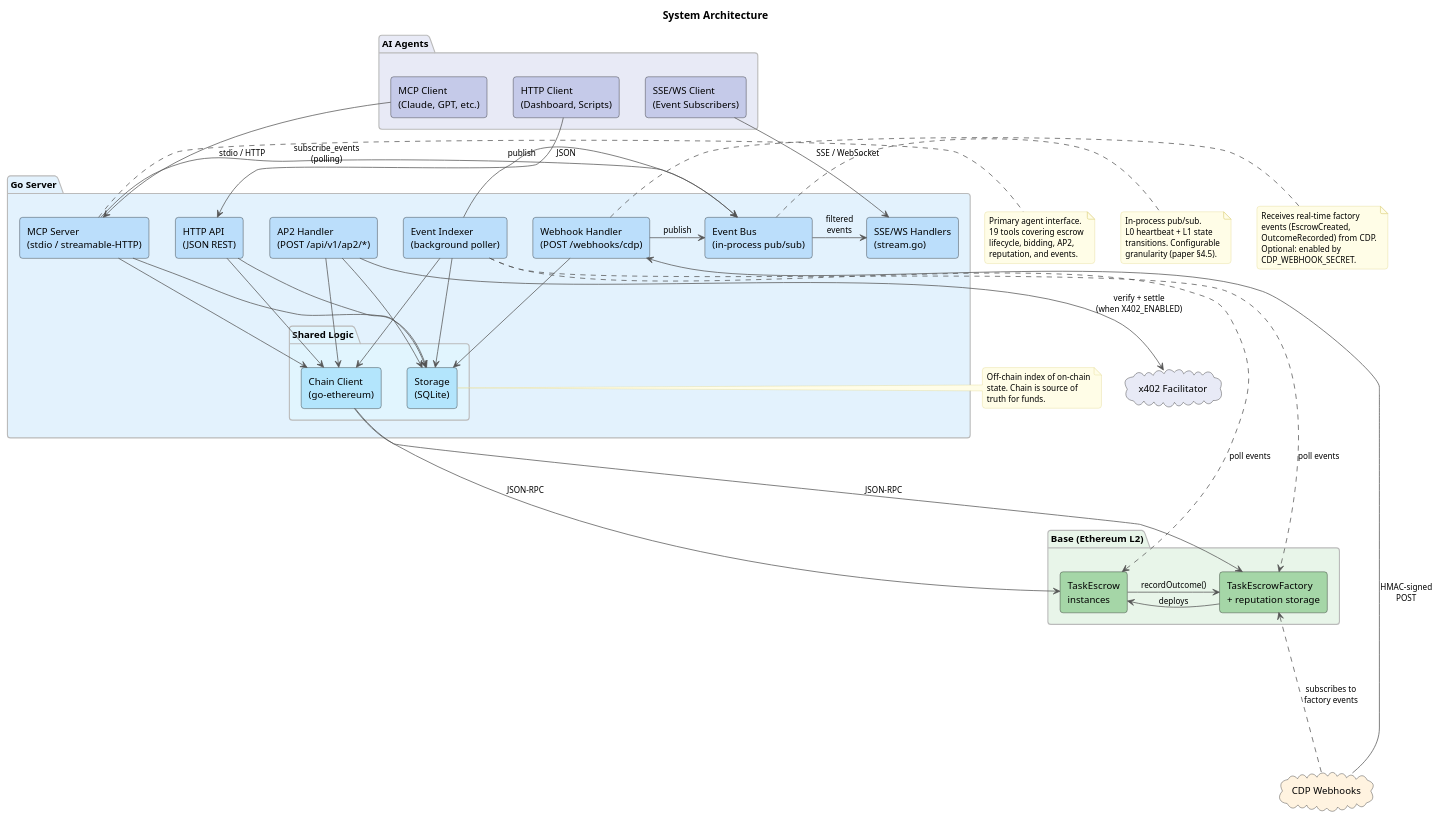
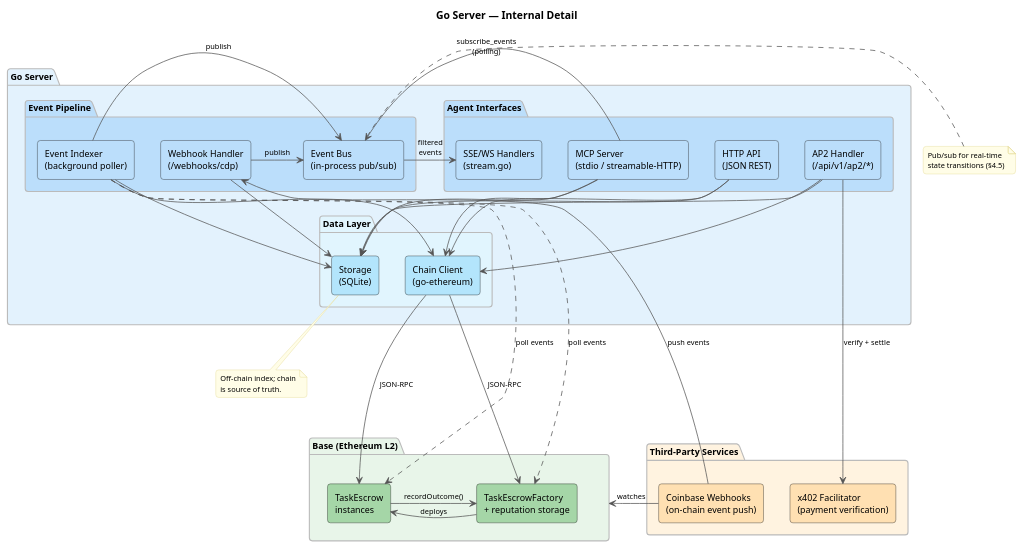
Before and after one commit to eddiefleurent/agent-escrow: the second of 3 diagrams in docs/diagrams/architecture.puml, drawn with PlantUML. The commit also changed other lines of this file and 9 other files, not shown here.

```diff
--- a/docs/diagrams/architecture.puml
+++ b/docs/diagrams/architecture.puml
@@ -1,111 +83,88 @@
-@startuml architecture
+@startuml architecture-detail
 skinparam backgroundColor #FFFFFF
 skinparam componentStyle rectangle
 skinparam defaultFontName "Helvetica"
-skinparam defaultFontSize 13
+skinparam defaultFontSize 12
 skinparam shadowing false
 skinparam roundCorner 8
 skinparam ArrowColor #555555
-skinparam ArrowFontSize 11
+skinparam ArrowFontSize 10
 
 skinparam package {
   BorderColor #BBBBBB
   FontStyle bold
 }
 
 skinparam note {
   BackgroundColor #FFFDE7
   BorderColor #E0D68A
-  FontSize 11
+  FontSize 10
 }
 
-title System Architecture
-
-package "AI Agents" as agents #E8EAF6 {
-  [MCP Client\n(Claude, GPT, etc.)] as mcp_client #C5CAE9
-  [HTTP Client\n(Dashboard, Scripts)] as http_client #C5CAE9
-  [SSE/WS Client\n(Event Subscribers)] as stream_client #C5CAE9
-}
+title Go Server — Internal Detail
 
 package "Go Server" as server #E3F2FD {
-  [MCP Server\n(stdio / streamable-HTTP)] as mcp_server #BBDEFB
-  [HTTP API\n(JSON REST)] as http_api #BBDEFB
-  [Webhook Handler\n(POST /webhooks/cdp)] as webhook #BBDEFB
-  [Event Indexer\n(background poller)] as indexer #BBDEFB
-  [Event Bus\n(in-process pub/sub)] as event_bus #BBDEFB
-  [SSE/WS Handlers\n(stream.go)] as stream_handler #BBDEFB
-  [AP2 Handler\n(POST /api/v1/ap2/*)] as ap2 #BBDEFB
+  package "Agent Interfaces" as ifaces #BBDEFB {
+    [MCP Server\n(stdio / streamable-HTTP)] as mcp_server #BBDEFB
+    [HTTP API\n(JSON REST)] as http_api #BBDEFB
+    [AP2 Handler\n(/api/v1/ap2/*)] as ap2 #BBDEFB
+    [SSE/WS Handlers\n(stream.go)] as stream_handler #BBDEFB
+  }
 
-  package "Shared Logic" as shared #E1F5FE {
+  package "Event Pipeline" as pipeline #BBDEFB {
+    [Event Indexer\n(background poller)] as indexer #BBDEFB
+    [Webhook Handler\n(/webhooks/cdp)] as webhook #BBDEFB
+    [Event Bus\n(in-process pub/sub)] as event_bus #BBDEFB
+  }
+
+  package "Data Layer" as data #E1F5FE {
     [Chain Client\n(go-ethereum)] as chain_client #B3E5FC
     [Storage\n(SQLite)] as storage #B3E5FC
   }
 
   mcp_server -down-> chain_client
   mcp_server -down-> storage
   mcp_server -right-> event_bus : subscribe_events\n(polling)
   http_api -down-> chain_client
   http_api -down-> storage
   ap2 -down-> chain_client
   ap2 -down-> storage
   webhook -down-> storage
   webhook -right-> event_bus : publish
   indexer -down-> chain_client
   indexer -down-> storage
   indexer -right-> event_bus : publish
   event_bus -right-> stream_handler : filtered\nevents
 }
 
-cloud "x402 Facilitator" as x402 #E8EAF6
-ap2 -down-> x402 : verify + settle\n(when X402_ENABLED)
+package "Third-Party Services" as external #FFF3E0 {
+  [x402 Facilitator\n(payment verification)] as x402 #FFE0B2
+  [Coinbase Webhooks\n(on-chain event push)] as cdp #FFE0B2
+}
 
-package "Base (Ethereum L2)" as chain #E8F5E9 {
+package "Base (Ethereum L2)" as chain_pkg #E8F5E9 {
   [TaskEscrowFactory\n+ reputation storage] as factory #A5D6A7
   [TaskEscrow\ninstances] as escrow #A5D6A7
   factory -right-> escrow : deploys
   escrow -left-> factory : recordOutcome()
 }
 
-cloud "CDP Webhooks" as cdp #FFF3E0
-
-mcp_client -down-> mcp_server : stdio / HTTP
-http_client -down-> http_api : JSON
-stream_client -down-> stream_handler : SSE / WebSocket
-
+ap2 -down-> x402 : verify + settle
 chain_client -down-> factory : JSON-RPC
 chain_client -down-> escrow : JSON-RPC
 indexer ..down..> factory : poll events
 indexer ..down..> escrow : poll events
+cdp -left-> chain_pkg : watches
+cdp -up-> webhook : push events
 
-cdp -down-> webhook : HMAC-signed\nPOST
-cdp ..up..> factory : subscribes to\nfactory events
-
-note right of mcp_server
-  Primary agent interface.
-  19 tools covering escrow
-  lifecycle, bidding, AP2,
-  reputation, and events.
+note bottom of storage
+  Off-chain index; chain
+  is source of truth.
 end note
 
-note right of event_bus
-  In-process pub/sub.
-  L0 heartbeat + L1 state
-  transitions. Configurable
-  granularity (paper §4.5).
-end note
-
-note right of webhook
-  Receives real-time factory
-  events (EscrowCreated,
-  OutcomeRecorded) from CDP.
-  Optional: enabled by
-  CDP_WEBHOOK_SECRET.
-end note
-
-note right of storage
-  Off-chain index of on-chain
-  state. Chain is source of
-  truth for funds.
+note left of event_bus
+  Pub/sub for real-time
+  state transitions (§4.5)
 end note
 
 @enduml
```
